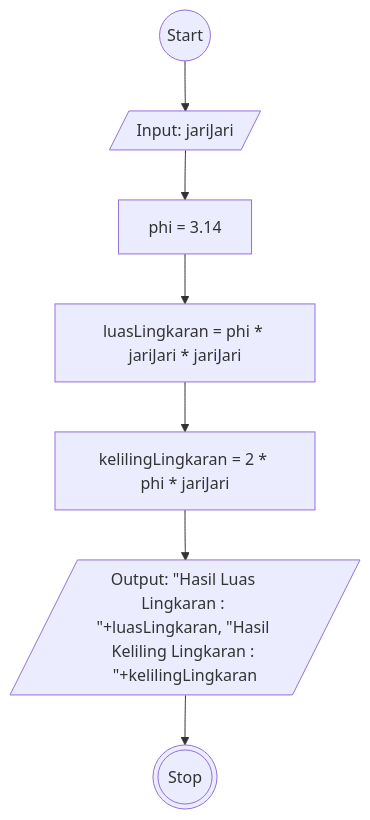
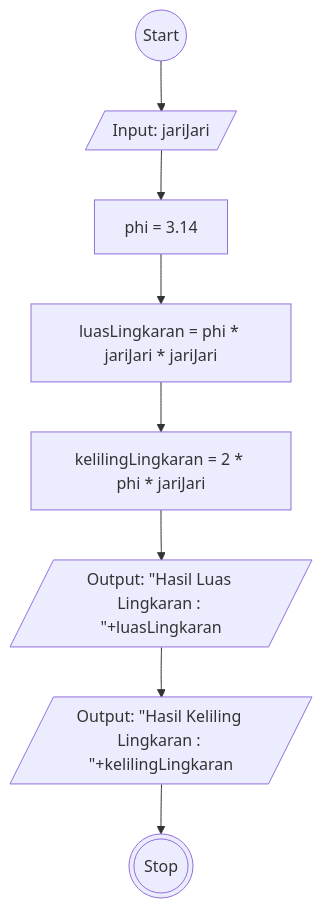
Before and after one commit to Vincentius31/koda-b6-javascript1: the diagram in README.md, drawn with Mermaid.

````diff
--- a/README.md
+++ b/README.md
@@ -5,12 +5,13 @@
 ```mermaid
 flowchart TD
 idStart((Start))
 idInput[/"Input: jariJari"/]
 idNilaiPhi["phi = 3.14"]
 idLuasLingkaran["luasLingkaran = phi * jariJari * jariJari"]
 idKelilingLingkaran["kelilingLingkaran = 2 * phi * jariJari"]
-idOutput[/Output: "Hasil Luas Lingkaran : "+luasLingkaran, "Hasil Keliling Lingkaran : "+kelilingLingkaran/]
+idOutput1[/Output: "Hasil Luas Lingkaran : "+luasLingkaran /]
+idOutput2[/Output: "Hasil Keliling Lingkaran : "+kelilingLingkaran /]
 idFinish(((Stop)))
 
-idStart --> idInput --> idNilaiPhi --> idLuasLingkaran --> idKelilingLingkaran -->  idOutput --> idFinish
+idStart --> idInput --> idNilaiPhi --> idLuasLingkaran --> idKelilingLingkaran -->  idOutput1 --> idOutput2 --> idFinish
 ```
````
